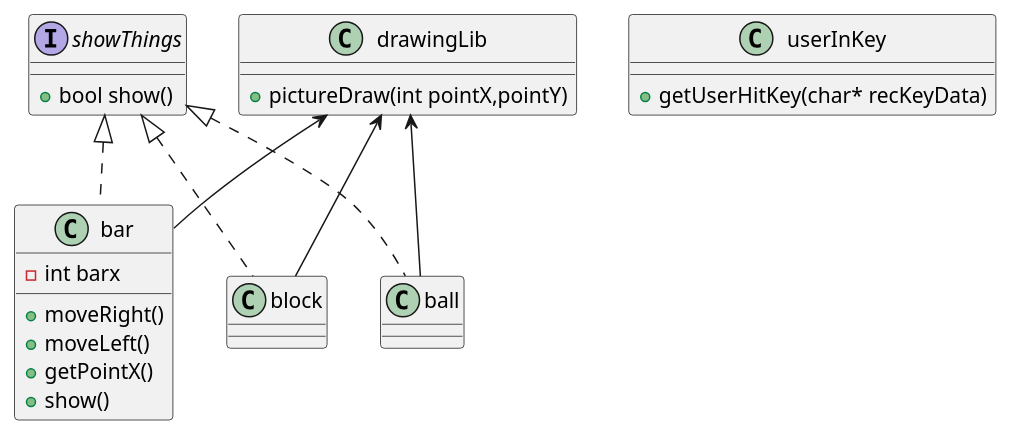
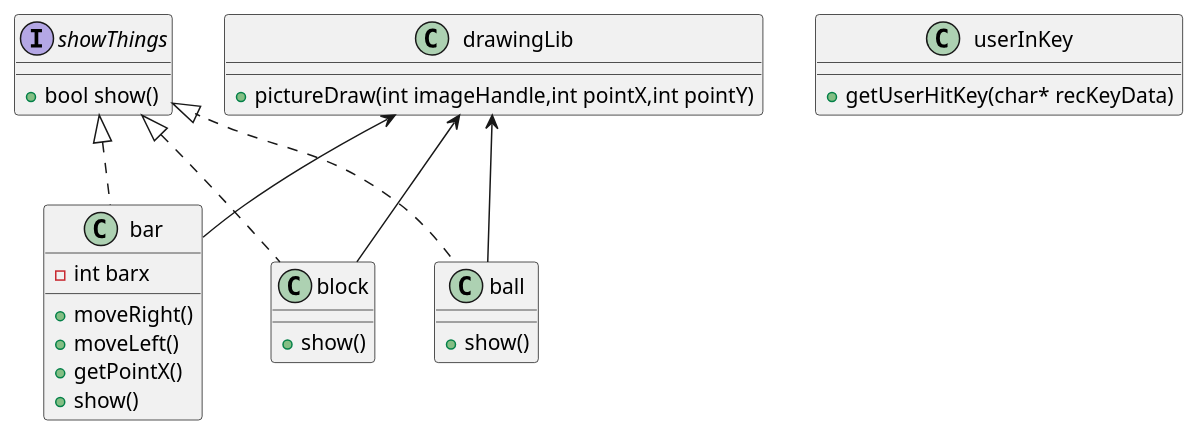
Before and after one commit to terapotan/Aimforcomplete: the diagram in Aimforconplete-TDD/TodoList.md, drawn with PlantUML. The commit also changed other lines of this file and 7 other files, not shown here.

Commit message:
Changing arguments(drawPicture)

```diff
--- a/Aimforconplete-TDD/TodoList.md
+++ b/Aimforconplete-TDD/TodoList.md
@@ -43,33 +55,35 @@
 ~~~plantuml
 @startuml
 interface showThings{
     + bool show()
 }
 class bar{
     - int barx
     + moveRight()
     + moveLeft()
     + getPointX()
     + show()
 }
 class block{
+    + show()
 }
 class ball{
+    + show()
 }
 class drawingLib{
-    + pictureDraw(int pointX,pointY)
+    + pictureDraw(int imageHandle,int pointX,int pointY)
 }
 
 class userInKey{
     + getUserHitKey(char* recKeyData)
 }
 
 showThings <|.. bar
 showThings <|.. block
 showThings <|.. ball
 drawingLib <-down- bar
 drawingLib <-down- block
 drawingLib <-down- ball
 
 @enduml
 ~~~
```
